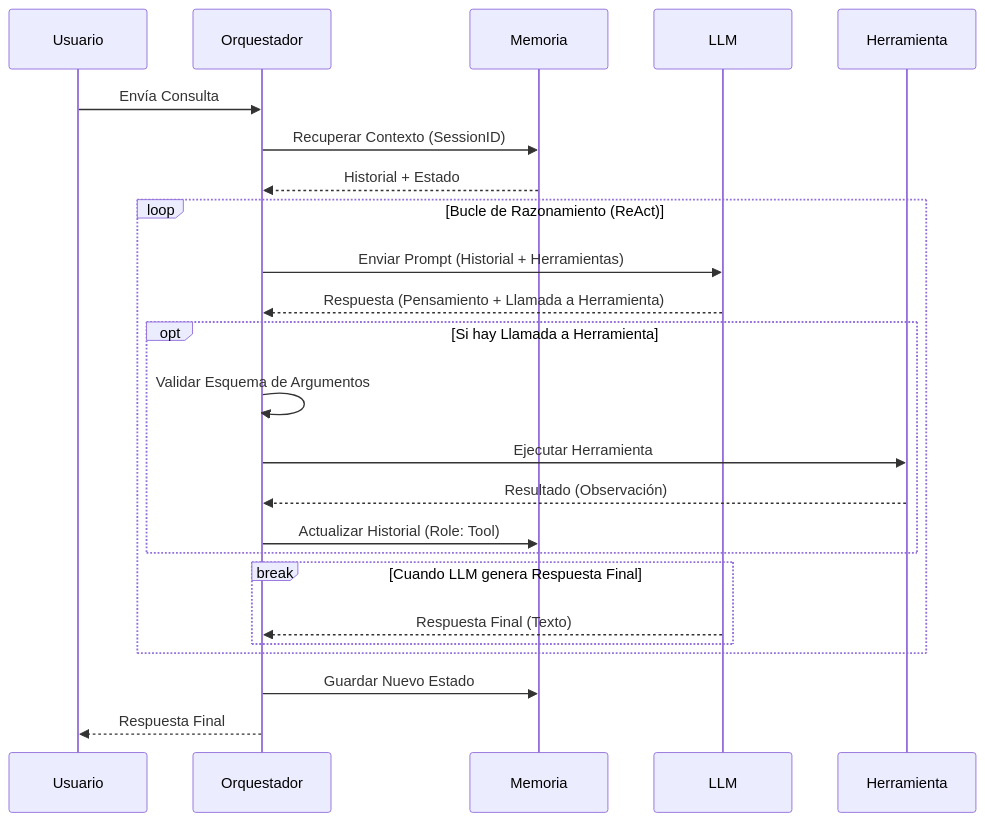
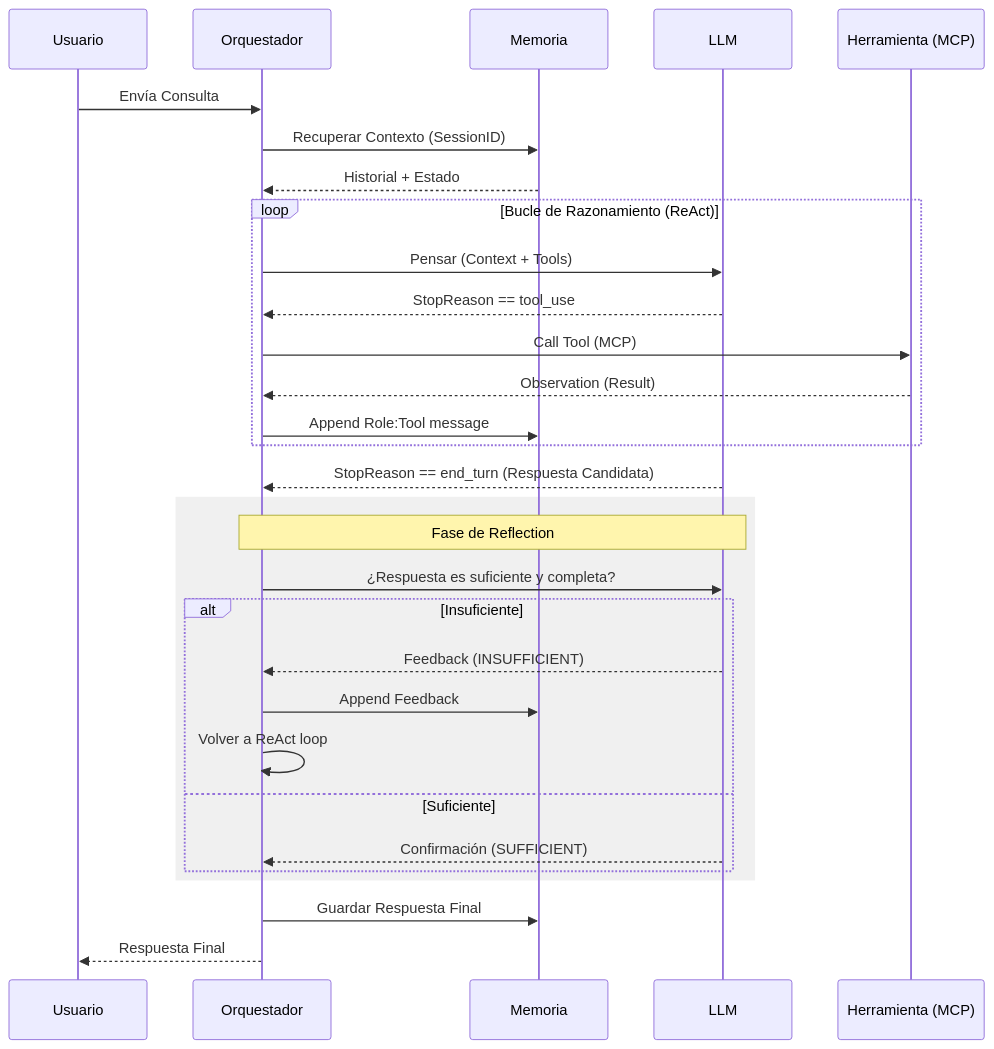
One commit to tinywasm/agent changed the diagram in docs/diagrams/REACT_FLOW.md. Above: the diagram before and after it, drawn with Mermaid. The commit also changed 15 other files, not shown here.

First line of the commit message:
feat: Enhance documentation and architecture for tinywasm/agent

````diff
--- a/docs/diagrams/REACT_FLOW.md
+++ b/docs/diagrams/REACT_FLOW.md
@@ -1,31 +1,38 @@
 ```mermaid
 sequenceDiagram
     participant U as Usuario
     participant O as Orquestador
     participant M as Memoria
     participant L as LLM
-    participant T as Herramienta
+    participant T as Herramienta (MCP)
 
     U->>O: Envía Consulta
     O->>M: Recuperar Contexto (SessionID)
     M-->>O: Historial + Estado
 
     loop Bucle de Razonamiento (ReAct)
-        O->>L: Enviar Prompt (Historial + Herramientas)
-        L-->>O: Respuesta (Pensamiento + Llamada a Herramienta)
+        O->>L: Pensar (Context + Tools)
+        L-->>O: StopReason == tool_use
 
-        opt Si hay Llamada a Herramienta
-            O->>O: Validar Esquema de Argumentos
-            O->>T: Ejecutar Herramienta
-            T-->>O: Resultado (Observación)
-            O->>M: Actualizar Historial (Role: Tool)
-        end
-
-        break Cuando LLM genera Respuesta Final
-            L-->>O: Respuesta Final (Texto)
-        end
+        O->>T: Call Tool (MCP)
+        T-->>O: Observation (Result)
+        O->>M: Append Role:Tool message
     end
 
-    O->>M: Guardar Nuevo Estado
+    L-->>O: StopReason == end_turn (Respuesta Candidata)
+
+    rect rgb(240, 240, 240)
+    Note over O,L: Fase de Reflection
+    O->>L: ¿Respuesta es suficiente y completa?
+    alt Insuficiente
+        L-->>O: Feedback (INSUFFICIENT)
+        O->>M: Append Feedback
+        O->>O: Volver a ReAct loop
+    else Suficiente
+        L-->>O: Confirmación (SUFFICIENT)
+    end
+    end
+
+    O->>M: Guardar Respuesta Final
     O-->>U: Respuesta Final
 ```
````
